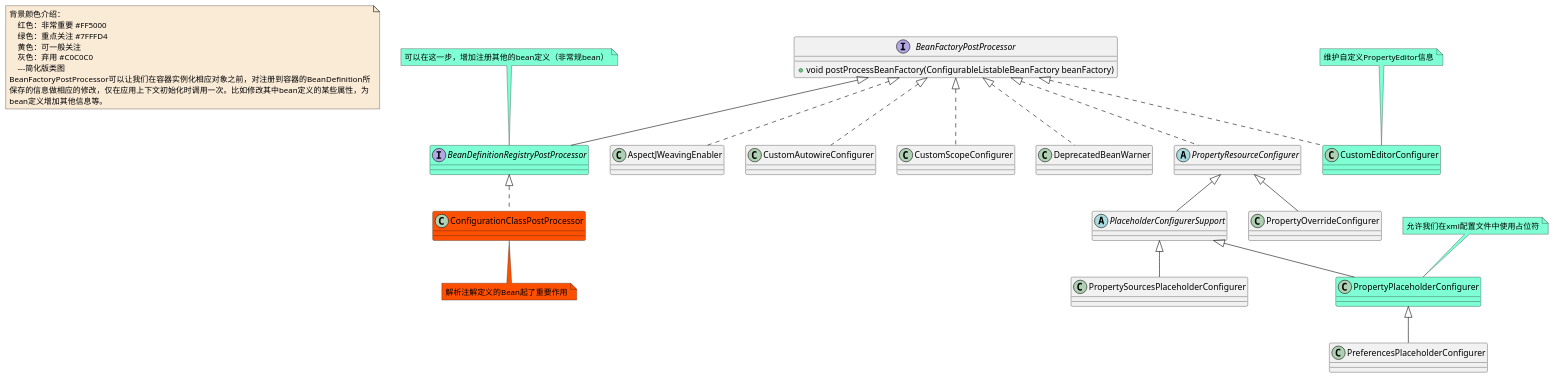
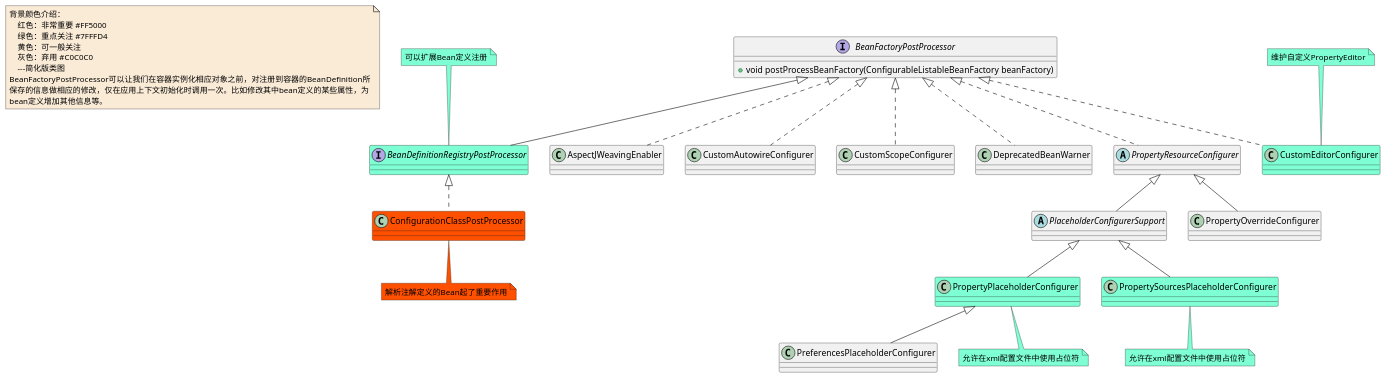
One commit to czwer/learn-spring-code changed the diagram in document/spring/base/class/Bean-BeanFactoryPostProcessor-class.puml. Above: the diagram before and after it, drawn with PlantUML. The commit also changed 26 other files, not shown here.

```diff
--- a/document/spring/base/class/Bean-BeanFactoryPostProcessor-class.puml
+++ b/document/spring/base/class/Bean-BeanFactoryPostProcessor-class.puml
@@ -1,63 +1,64 @@
 @startuml
 
 note  as N1 #FAEBD7
     背景颜色介绍：
         红色：非常重要 #FF5000
         绿色：重点关注 #7FFFD4
         黄色：可一般关注
         灰色：弃用 #C0C0C0
         ---简化版类图
     BeanFactoryPostProcessor可以让我们在容器实例化相应对象之前，对注册到容器的BeanDefinition所
     保存的信息做相应的修改，仅在应用上下文初始化时调用一次。比如修改其中bean定义的某些属性，为
     bean定义增加其他信息等。
 end note
 
 interface BeanFactoryPostProcessor
 BeanFactoryPostProcessor : +void postProcessBeanFactory(ConfigurableListableBeanFactory beanFactory)
 class AspectJWeavingEnabler
 interface BeanDefinitionRegistryPostProcessor #7FFFD4
-note top #7FFFD4: 可以在这一步，增加注册其他的bean定义（非常规bean）
+note top #7FFFD4: 可以扩展Bean定义注册
 class ConfigurationClassPostProcessor #FF5000
 note bottom #FF5000: 解析注解定义的Bean起了重要作用
 class CustomAutowireConfigurer
 class CustomEditorConfigurer  #7FFFD4
-note top #7FFFD4: 维护自定义PropertyEditor信息
+note top #7FFFD4: 维护自定义PropertyEditor
 
 class CustomScopeConfigurer
 class DeprecatedBeanWarner
 abstract class PlaceholderConfigurerSupport
 class PreferencesPlaceholderConfigurer
 class PropertyOverrideConfigurer
 class PropertyPlaceholderConfigurer  #7FFFD4
-note top #7FFFD4: 允许我们在xml配置文件中使用占位符
+note bottom #7FFFD4: 允许在xml配置文件中使用占位符
 class PropertyOverrideConfigurer
 abstract class PropertyResourceConfigurer
-class PropertySourcesPlaceholderConfigurer
+class PropertySourcesPlaceholderConfigurer  #7FFFD4
+note bottom #7FFFD4: 允许在xml配置文件中使用占位符
 
 BeanDefinitionRegistryPostProcessor <|.. ConfigurationClassPostProcessor
 
 BeanFactoryPostProcessor <|.. AspectJWeavingEnabler
 BeanFactoryPostProcessor <|-- BeanDefinitionRegistryPostProcessor
 BeanFactoryPostProcessor <|.. CustomAutowireConfigurer
 BeanFactoryPostProcessor <|.. CustomEditorConfigurer
 BeanFactoryPostProcessor <|.. CustomScopeConfigurer
 BeanFactoryPostProcessor <|.. DeprecatedBeanWarner
 BeanFactoryPostProcessor <|.. PropertyResourceConfigurer
 
 
 
 PlaceholderConfigurerSupport <|-- PropertyPlaceholderConfigurer
 PlaceholderConfigurerSupport <|-- PropertySourcesPlaceholderConfigurer
 
 
 PropertyPlaceholderConfigurer <|-- PreferencesPlaceholderConfigurer
 
 
 PropertyResourceConfigurer <|-- PlaceholderConfigurerSupport
 PropertyResourceConfigurer <|-- PropertyOverrideConfigurer
 
 
 
 
 
 @enduml
```
